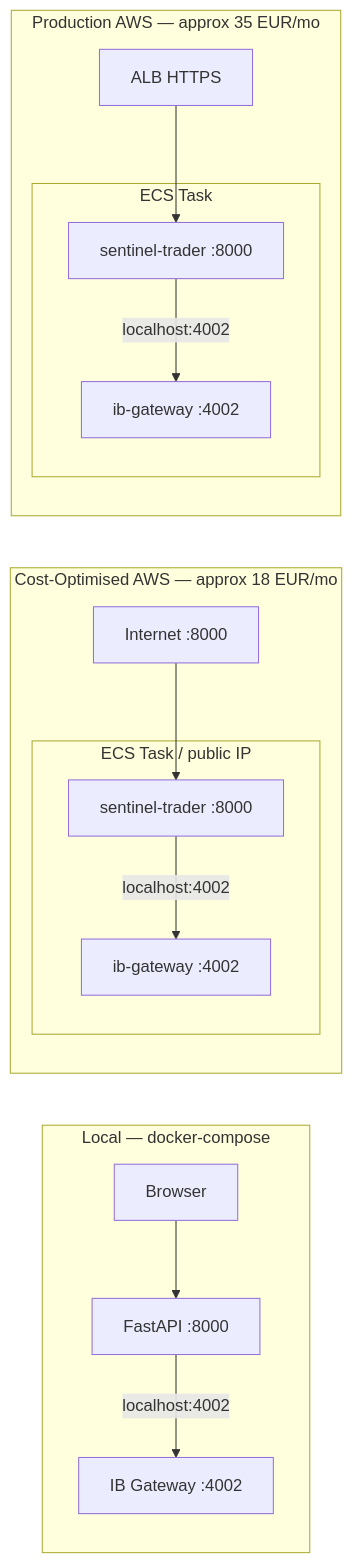
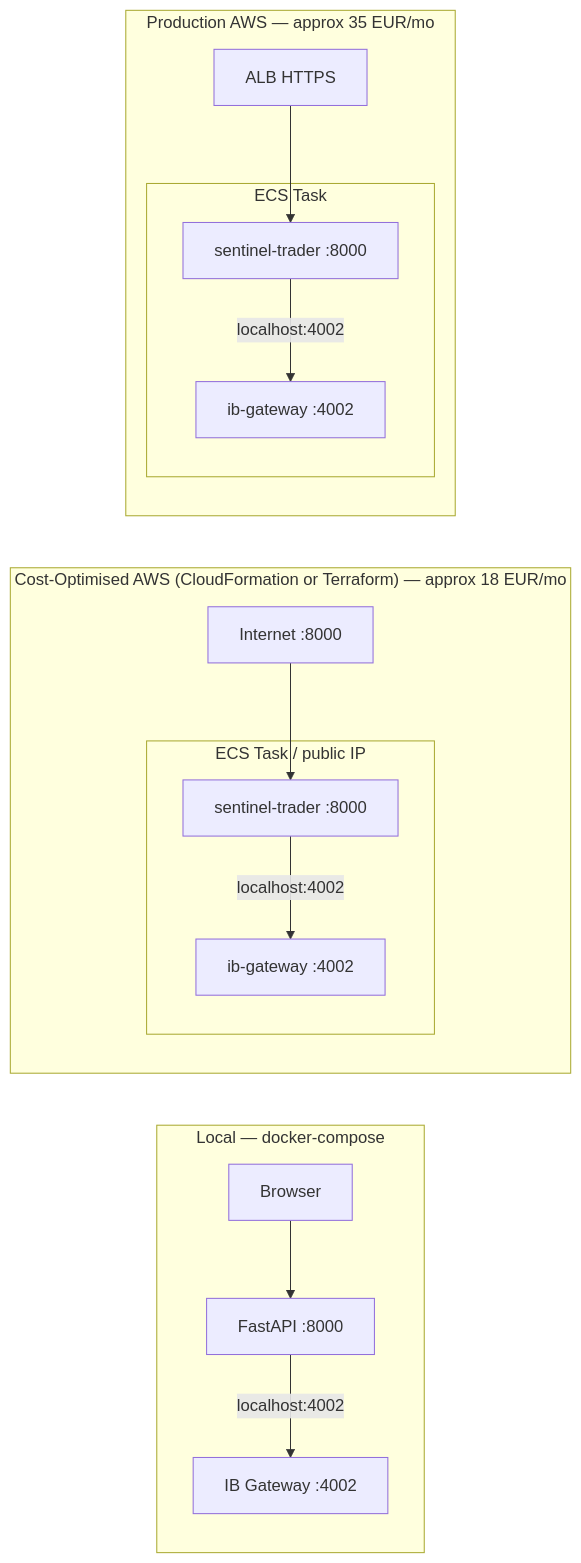
Before and after one commit to law-cell/sentinel-trader: the fourth of 4 diagrams in README.md, drawn with Mermaid. The commit also changed other lines of this file and 4 other files, not shown here.

````diff
--- a/README.md
+++ b/README.md
@@ -72,25 +72,25 @@
 ```mermaid
 flowchart LR
     subgraph local["Local — docker-compose"]
         LB[Browser] --> LA[FastAPI :8000]
         LA -->|localhost:4002| LG[IB Gateway :4002]
     end
 
-    subgraph dev["Cost-Optimised AWS — approx 18 EUR/mo"]
+    subgraph dev["Cost-Optimised AWS (CloudFormation or Terraform) — approx 18 EUR/mo"]
         DI[Internet :8000]
         subgraph devtask["ECS Task / public IP"]
             DS[sentinel-trader :8000]
             DS -->|localhost:4002| DG[ib-gateway :4002]
         end
         DI --> DS
     end
 
     subgraph prod["Production AWS — approx 35 EUR/mo"]
         PA[ALB HTTPS]
         subgraph prodtask["ECS Task"]
             PS[sentinel-trader :8000]
             PS -->|localhost:4002| PG[ib-gateway :4002]
         end
         PA --> PS
     end
 ```
````
